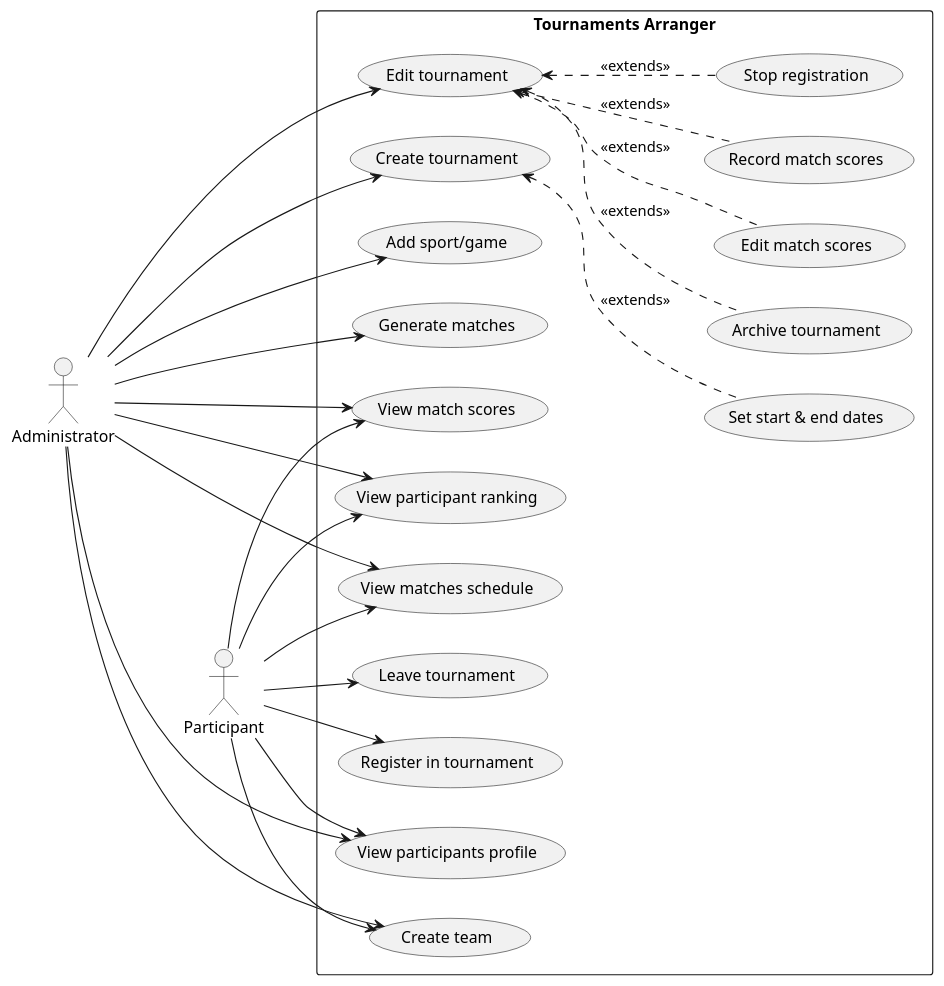
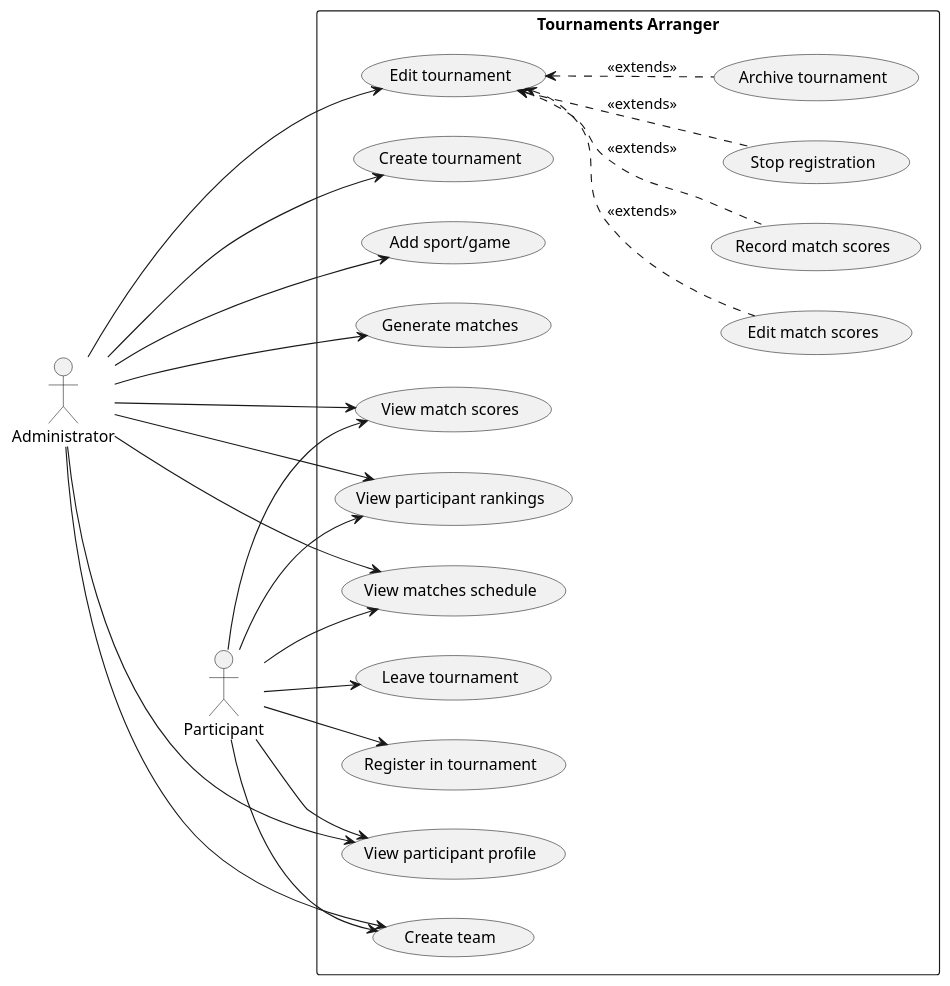
The diagram in docs/phase_1/use_case_diagram.puml (hassain-saeed28/tournaments-arranger), drawn with PlantUML before and after one commit. The commit also changed 1 other file, not shown here.

Commit message:
docs(phase_1): remove set dates use case and fix grammer (#21)
* remove set start and end dates of tournament
* make rankings as plural in `view participant rankings`
* make participant as singular in `view participant profile`

```diff
--- a/docs/phase_1/use_case_diagram.puml
+++ b/docs/phase_1/use_case_diagram.puml
@@ -1,52 +1,50 @@
 @startuml project
 left to right direction
 
 actor Administrator as admin
 actor Participant as particip
 
 rectangle "Tournaments Arranger" {
     usecase "Create tournament" as create_tournaments
-    usecase "Set start & end dates" as set_dates
-    set_dates -up-> create_tournaments #line.dashed : <<extends>>
 
     usecase "Edit tournament" as edit_tournament_data
     usecase "Edit match scores" as edit_match_scores
     edit_match_scores -up-> edit_tournament_data #line.dashed : <<extends>>
     usecase "Record match scores" as record_match_scores
     record_match_scores -up-> edit_tournament_data #line.dashed : <<extends>>
     usecase "Stop registration" as stop_registration
     stop_registration -up-> edit_tournament_data #line.dashed : <<extends>>
     usecase "Archive tournament" as archive_tournament
     archive_tournament -up-> edit_tournament_data #line.dashed : <<extends>>
 
     usecase "View match scores" as view_match_scores
-    usecase "View participant ranking" as view_participant_ranking
+    usecase "View participant rankings" as view_participant_ranking
     usecase "View matches schedule" as view_match_schedule
     usecase "Add sport/game" as add_sport_game
 
-    usecase "View participants profile" as view_participant_profile
+    usecase "View participant profile" as view_participant_profile
     usecase "Create team" as create_team
     usecase "Generate matches" as generate_matches
     usecase "Leave tournament" as leave_tournament
     usecase "Register in tournament" as register_in_tournament
 }
 
 admin --> create_tournaments
 admin --> edit_tournament_data
 admin --> generate_matches
 admin --> add_sport_game
 
 admin ---> view_match_schedule
 particip --> view_match_schedule
 admin --> view_participant_ranking
 particip --> view_participant_ranking
 admin --> create_team
 particip --> create_team
 admin --> view_participant_profile
 particip --> view_participant_profile
 admin --> view_match_scores
 particip --> view_match_scores
 
 particip --> register_in_tournament
 particip --> leave_tournament
 @enduml
```
